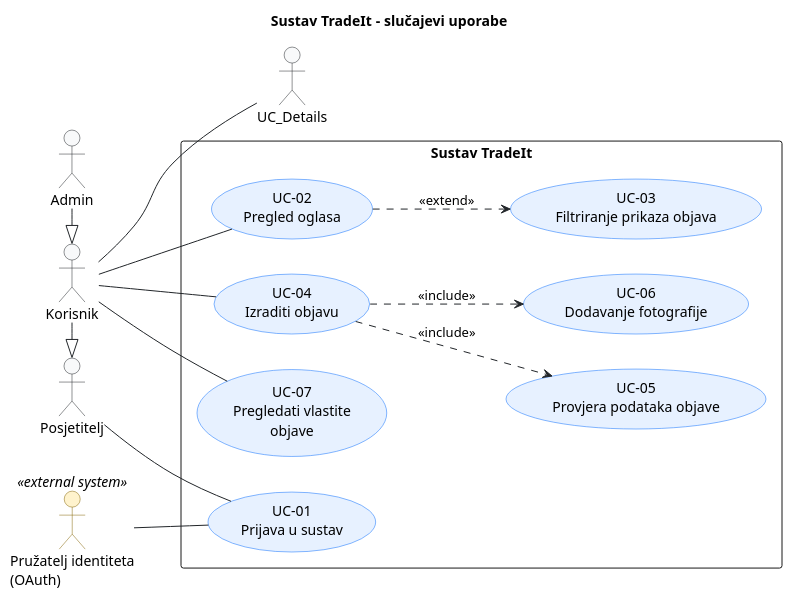
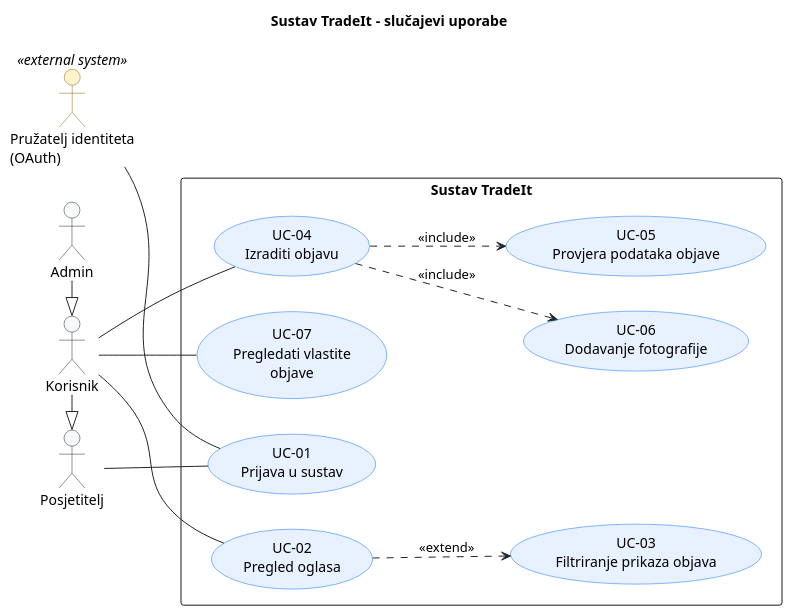
The diagram in docs/puml/use-case-diagram.puml (LDavorija/tradeit), drawn with PlantUML before and after one commit.

```diff
--- a/docs/puml/use-case-diagram.puml
+++ b/docs/puml/use-case-diagram.puml
@@ -2,61 +2,60 @@
 @startuml
 title Sustav TradeIt - slučajevi uporabe
 left to right direction
 
 skinparam packageStyle rectangle
 skinparam shadowing false
 skinparam defaultFontName Arial
 skinparam ArrowColor #212529
 
 skinparam actor {
     BackgroundColor #F8F9FA
     BorderColor #212529
     BackgroundColor<<external system>> #FFF3CD
     BorderColor<<external system>> #856404
 }
 
 skinparam usecase {
     BackgroundColor #E7F1FF
     BorderColor #0D6EFD
 }
 ' Glavni aktori
 actor Visitor as "Posjetitelj"
 actor User as "Korisnik"
 actor Admin as "Admin"
 
 User -|> Visitor
 Admin -|> User
 
 
 ' Vanjski aktori
 actor Auth as "Pružatelj identiteta\n(OAuth)" <<external system>>
 
 rectangle "Sustav TradeIt" {
 
      ' Pristup
     (UC-01\nPrijava u sustav) as UC_Login
 
     ' Prijave i karta
     (UC-02\nPregled oglasa) as UC_Browse
     (UC-03\nFiltriranje prikaza objava) as UC_Filter
     (UC-04\nIzraditi objavu) as UC_Create
     (UC-05\nProvjera podataka objave) as UC_ValidatePost
     (UC-06\nDodavanje fotografije) as UC_UploadPhoto
     (UC-07\nPregledati vlastite\nobjave) as UC_MyPosts
     
 
 }
 
 Visitor -- UC_Login
 User -- UC_Browse
-User -- UC_Details
 User -- UC_Create
 User -- UC_MyPosts
 
 Auth -- UC_Login
 
 UC_Create ..> UC_UploadPhoto : <<include>>
 UC_Create ..> UC_ValidatePost : <<include>>
 UC_Browse ..> UC_Filter : <<extend>>
 
 @enduml
```
